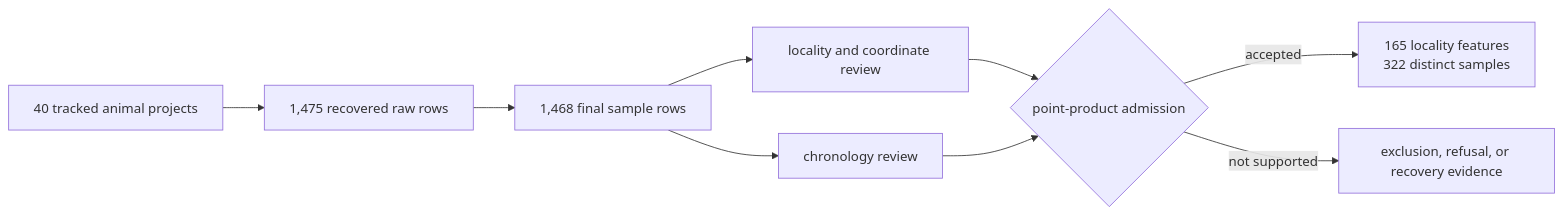
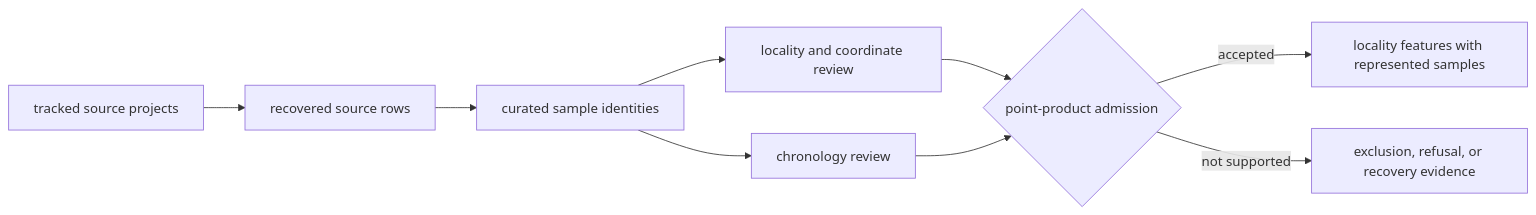
The fifth of 7 diagrams in docs/public/pollenomics/index.md (bijux/bijux-pollenomics), drawn with Mermaid before and after one commit. The commit also changed other lines of this file and 2 other files, not shown here.

````diff
--- a/docs/public/pollenomics/index.md
+++ b/docs/public/pollenomics/index.md
@@ -209,11 +211,11 @@
 ```mermaid
 flowchart LR
-    Project["40 tracked animal projects"] --> Raw["1,475 recovered raw rows"]
-    Raw --> Sample["1,468 final sample rows"]
+    Project["tracked source projects"] --> Raw["recovered source rows"]
+    Raw --> Sample["curated sample identities"]
     Sample --> Place["locality and coordinate review"]
     Sample --> Time["chronology review"]
     Place --> Admission{"point-product admission"}
     Time --> Admission
-    Admission -->|accepted| Point["165 locality features<br/>322 distinct samples"]
+    Admission -->|accepted| Point["locality features with represented samples"]
     Admission -->|not supported| VisibleGap["exclusion, refusal, or recovery evidence"]
 ```
````
